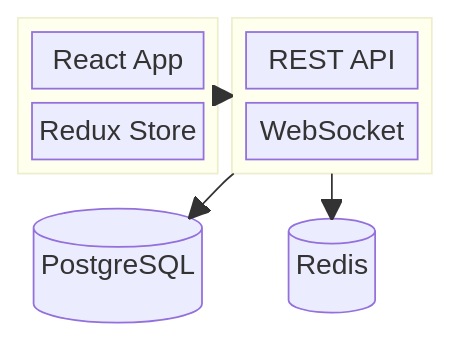
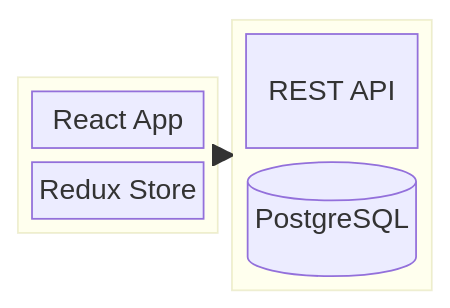
The second of 10 diagrams in .agents/tools/diagrams/mermaid-diagrams-skill/references/ARCHITECTURE.md (johnwaldo/aidevops), drawn with Mermaid before and after one commit. The commit also changed other lines of this file, not shown here.

First line of the commit message:
t9374: tighten mermaid ARCHITECTURE.md from 454 to 250 lines (#11054)

````diff
--- a/.agents/tools/diagrams/mermaid-diagrams-skill/references/ARCHITECTURE.md
+++ b/.agents/tools/diagrams/mermaid-diagrams-skill/references/ARCHITECTURE.md
@@ -132,23 +62,15 @@
 ```mermaid
 block-beta
     columns 2
-
     block:frontend
         columns 1
         UI["React App"]
         State["Redux Store"]
     end
-
     block:backend
         columns 1
         API["REST API"]
-        WS["WebSocket"]
+        DB[("PostgreSQL")]
     end
-
-    DB[("PostgreSQL")]
-    Cache[("Redis")]
-
     frontend --> backend
-    backend --> DB
-    backend --> Cache
 ```
````
